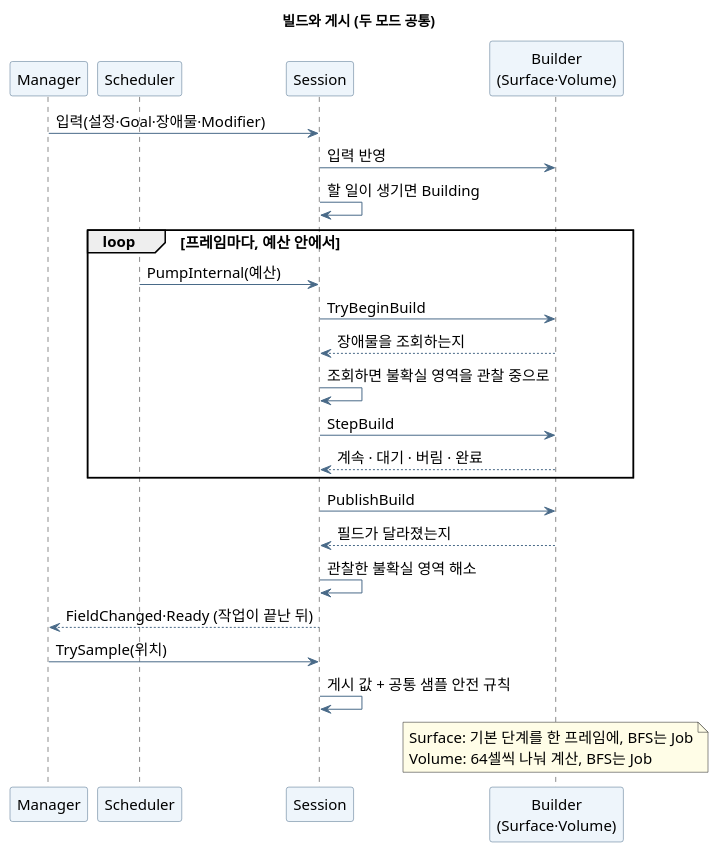
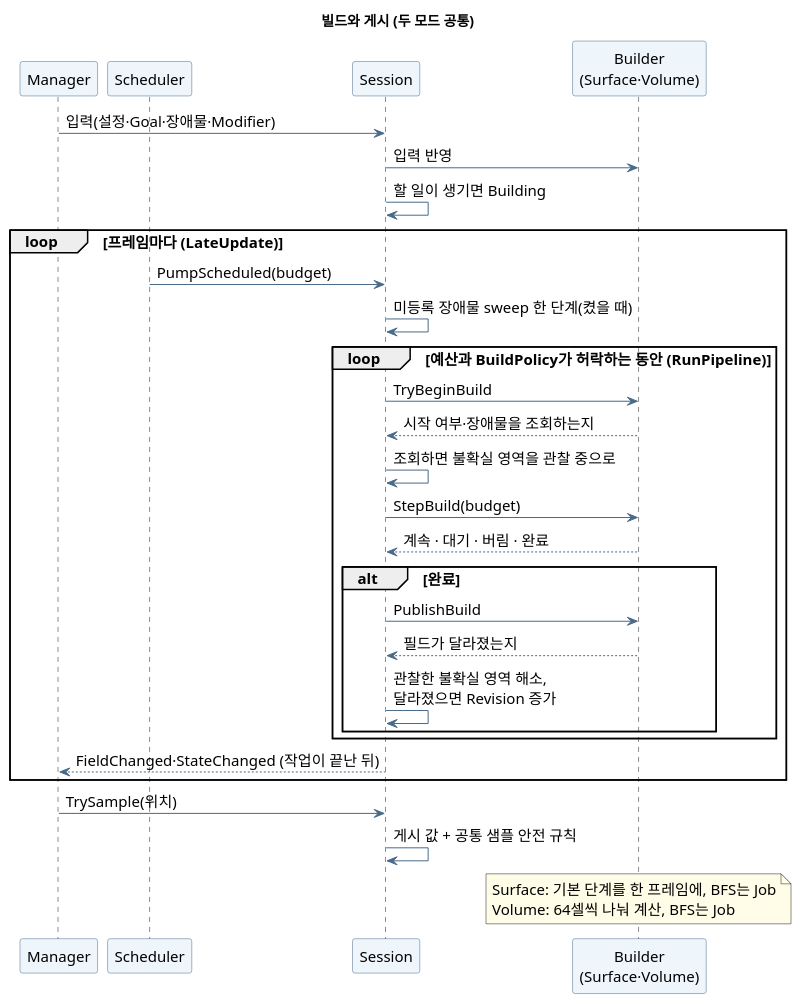
The diagram in ToyProject/Assets/_FlowField/Docs/flowfield-pipeline.puml (youwonsock/tool-unity-editor), drawn with PlantUML before and after one commit. The commit also changed 7 other files, not shown here.

```diff
--- a/ToyProject/Assets/_FlowField/Docs/flowfield-pipeline.puml
+++ b/ToyProject/Assets/_FlowField/Docs/flowfield-pipeline.puml
@@ -1,37 +1,42 @@
 @startuml flowfield-pipeline
 skinparam shadowing false
 skinparam defaultFontName "Apple SD Gothic Neo"
 skinparam defaultFontSize 15
 skinparam ArrowColor #496A88
 skinparam ParticipantBackgroundColor #EEF5FB
 skinparam ParticipantBorderColor #496A88
 skinparam NoteBackgroundColor #FFFDE7
 title 빌드와 게시 (두 모드 공통)
 
 participant "Manager" as M
 participant "Scheduler" as Q
 participant "Session" as S
 participant "Builder\n(Surface·Volume)" as B
 
 M -> S : 입력(설정·Goal·장애물·Modifier)
 S -> B : 입력 반영
 S -> S : 할 일이 생기면 Building
-loop 프레임마다, 예산 안에서
-  Q -> S : PumpInternal(예산)
-  S -> B : TryBeginBuild
-  B --> S : 장애물을 조회하는지
-  S -> S : 조회하면 불확실 영역을 관찰 중으로
-  S -> B : StepBuild
-  B --> S : 계속 · 대기 · 버림 · 완료
+loop 프레임마다 (LateUpdate)
+  Q -> S : PumpScheduled(budget)
+  S -> S : 미등록 장애물 sweep 한 단계(켰을 때)
+  loop 예산과 BuildPolicy가 허락하는 동안 (RunPipeline)
+    S -> B : TryBeginBuild
+    B --> S : 시작 여부·장애물을 조회하는지
+    S -> S : 조회하면 불확실 영역을 관찰 중으로
+    S -> B : StepBuild(budget)
+    B --> S : 계속 · 대기 · 버림 · 완료
+    alt 완료
+      S -> B : PublishBuild
+      B --> S : 필드가 달라졌는지
+      S -> S : 관찰한 불확실 영역 해소,\n달라졌으면 Revision 증가
+    end
+  end
+  S --> M : FieldChanged·StateChanged (작업이 끝난 뒤)
 end
-S -> B : PublishBuild
-B --> S : 필드가 달라졌는지
-S -> S : 관찰한 불확실 영역 해소
-S --> M : FieldChanged·Ready (작업이 끝난 뒤)
 M -> S : TrySample(위치)
 S -> S : 게시 값 + 공통 샘플 안전 규칙
 note over B
   Surface: 기본 단계를 한 프레임에, BFS는 Job
   Volume: 64셀씩 나눠 계산, BFS는 Job
 end note
 @enduml
```
